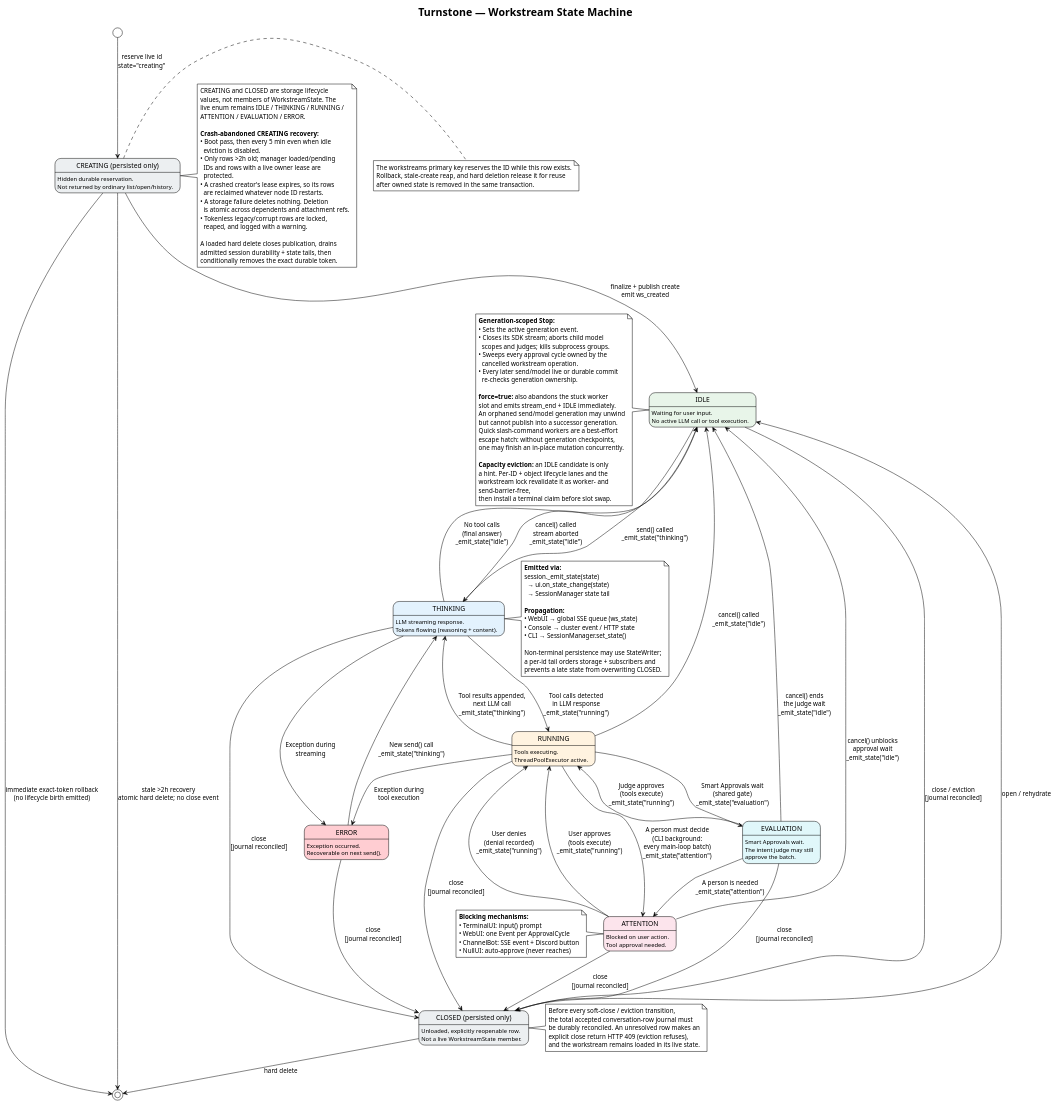
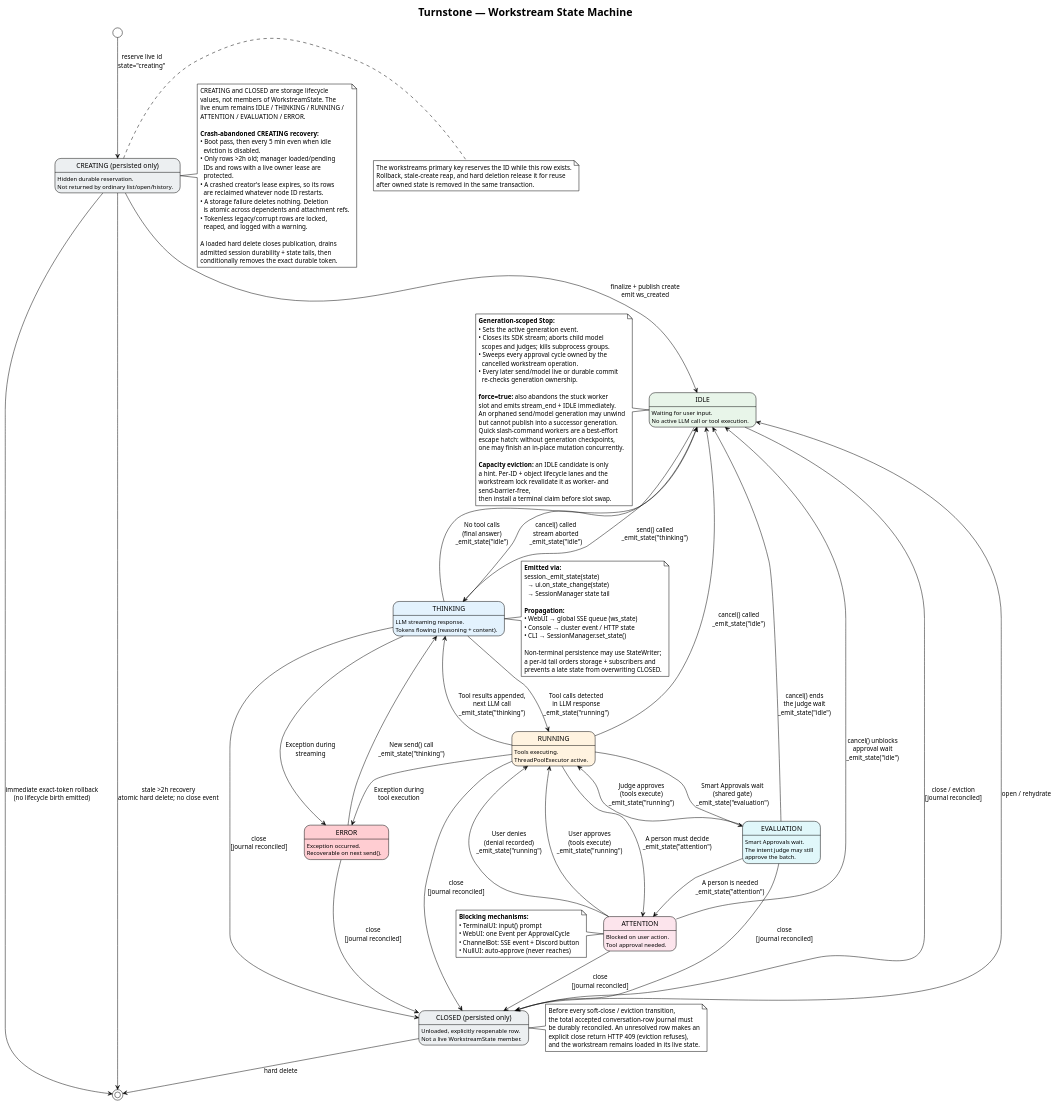
One commit to turnstonelabs/turnstone changed the diagram in docs/diagrams/09-workstream-states.puml. Above: the diagram before and after it, drawn with PlantUML. The commit also changed 15 other files, not shown here.

```diff
--- a/docs/diagrams/09-workstream-states.puml
+++ b/docs/diagrams/09-workstream-states.puml
@@ -1,159 +1,159 @@
 @startuml
 !theme plain
 title Turnstone — Workstream State Machine
 
 skinparam state {
     BackgroundColor<<lifecycle>> #ECEFF1
     BackgroundColor<<idle>> #E8F5E9
     BackgroundColor<<thinking>> #E3F2FD
     BackgroundColor<<running>> #FFF3E0
     BackgroundColor<<attention>> #FCE4EC
     BackgroundColor<<evaluation>> #E0F7FA
     BackgroundColor<<error>> #FFCDD2
 }
 
 state "CREATING (persisted only)" as creating <<lifecycle>> : Hidden durable reservation.\nNot returned by ordinary list/open/history.
 state "IDLE" as idle <<idle>> : Waiting for user input.\nNo active LLM call or tool execution.
 state "THINKING" as thinking <<thinking>> : LLM streaming response.\nTokens flowing (reasoning + content).
 state "RUNNING" as running <<running>> : Tools executing.\nThreadPoolExecutor active.
 state "ATTENTION" as attention <<attention>> : Blocked on user action.\nTool approval needed.
 state "EVALUATION" as evaluation <<evaluation>> : Smart Approvals wait.\nThe intent judge may still\napprove the batch.
 state "ERROR" as error <<error>> : Exception occurred.\nRecoverable on next send().
 state "CLOSED (persisted only)" as closed <<lifecycle>> : Unloaded, explicitly reopenable row.\nNot a live WorkstreamState member.
 
 [*] --> creating : reserve live id\nstate="creating"
 creating --> idle : finalize + publish create\nemit ws_created
 creating --> [*] : immediate exact-token rollback\n(no lifecycle birth emitted)
 creating --> [*] : stale >2h recovery\natomic hard delete; no close event
 
 idle --> thinking : send() called\n_emit_state("thinking")
 
 thinking --> running : Tool calls detected\nin LLM response\n_emit_state("running")
 
 thinking --> idle : No tool calls\n(final answer)\n_emit_state("idle")
 
 thinking --> error : Exception during\nstreaming
 
 running --> evaluation : Smart Approvals wait\n(shared gate)\n_emit_state("evaluation")
 
 evaluation --> running : Judge approves\n(tools execute)\n_emit_state("running")
 
 evaluation --> attention : A person is needed\n_emit_state("attention")
 
-running --> attention : A person must decide\n(CLI background:\nevery main-loop batch)\n_emit_state("attention")
+running --> attention : A person must decide\n_emit_state("attention")
 
 attention --> running : User approves\n(tools execute)\n_emit_state("running")
 
 attention --> running : User denies\n(denial recorded)\n_emit_state("running")
 
 running --> thinking : Tool results appended,\nnext LLM call\n_emit_state("thinking")
 
 running --> error : Exception during\ntool execution
 
 error --> thinking : New send() call\n_emit_state("thinking")
 
 idle --> closed : close / eviction\n[journal reconciled]
 error --> closed : close\n[journal reconciled]
 thinking --> closed : close\n[journal reconciled]
 running --> closed : close\n[journal reconciled]
 attention --> closed : close\n[journal reconciled]
 evaluation --> closed : close\n[journal reconciled]
 closed --> [*] : hard delete
 closed --> idle : open / rehydrate
 
 note right of creating
   The workstreams primary key reserves the ID while this row exists.
   Rollback, stale-create reap, and hard deletion release it for reuse
   after owned state is removed in the same transaction.
 end note
 
 note right of closed
   Before every soft-close / eviction transition,
   the total accepted conversation-row journal must
   be durably reconciled. An unresolved row makes an
   explicit close return HTTP 409 (eviction refuses),
   and the workstream remains loaded in its live state.
 end note
 
 thinking --> idle : cancel() called\nstream aborted\n_emit_state("idle")
 
 running --> idle : cancel() called\n_emit_state("idle")
 
 attention --> idle : cancel() unblocks\napproval wait\n_emit_state("idle")
 
 evaluation --> idle : cancel() ends\nthe judge wait\n_emit_state("idle")
 
 note left of idle
   **Generation-scoped Stop:**
   • Sets the active generation event.
   • Closes its SDK stream; aborts child model
     scopes and judges; kills subprocess groups.
   • Sweeps every approval cycle owned by the
     cancelled workstream operation.
   • Every later send/model live or durable commit
     re-checks generation ownership.
 
   **force=true:** also abandons the stuck worker
   slot and emits stream_end + IDLE immediately.
   An orphaned send/model generation may unwind
   but cannot publish into a successor generation.
   Quick slash-command workers are a best-effort
   escape hatch: without generation checkpoints,
   one may finish an in-place mutation concurrently.
 
   **Capacity eviction:** an IDLE candidate is only
   a hint. Per-ID + object lifecycle lanes and the
   workstream lock revalidate it as worker- and
   send-barrier-free,
   then install a terminal claim before slot swap.
 end note
 
 note right of thinking
   **Emitted via:**
   session._emit_state(state)
     → ui.on_state_change(state)
     → SessionManager state tail
 
   **Propagation:**
   • WebUI → global SSE queue (ws_state)
   • Console → cluster event / HTTP state
   • CLI → SessionManager.set_state()
 
   Non-terminal persistence may use StateWriter;
   a per-id tail orders storage + subscribers and
   prevents a late state from overwriting CLOSED.
 end note
 
 note left of attention
   **Blocking mechanisms:**
   • TerminalUI: input() prompt
   • WebUI: one Event per ApprovalCycle
   • ChannelBot: SSE event + Discord button
   • NullUI: auto-approve (never reaches)
 end note
 
 note right of creating
   CREATING and CLOSED are storage lifecycle
   values, not members of WorkstreamState. The
   live enum remains IDLE / THINKING / RUNNING /
   ATTENTION / EVALUATION / ERROR.
 
   **Crash-abandoned CREATING recovery:**
   • Boot pass, then every 5 min even when idle
     eviction is disabled.
   • Only rows >2h old; manager loaded/pending
     IDs and rows with a live owner lease are
     protected.
   • A crashed creator's lease expires, so its rows
     are reclaimed whatever node ID restarts.
   • A storage failure deletes nothing. Deletion
     is atomic across dependents and attachment refs.
   • Tokenless legacy/corrupt rows are locked,
     reaped, and logged with a warning.
 
   A loaded hard delete closes publication, drains
   admitted session durability + state tails, then
   conditionally removes the exact durable token.
 end note
 
 @enduml
```
